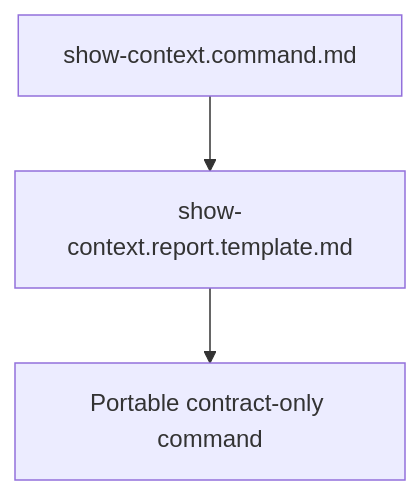
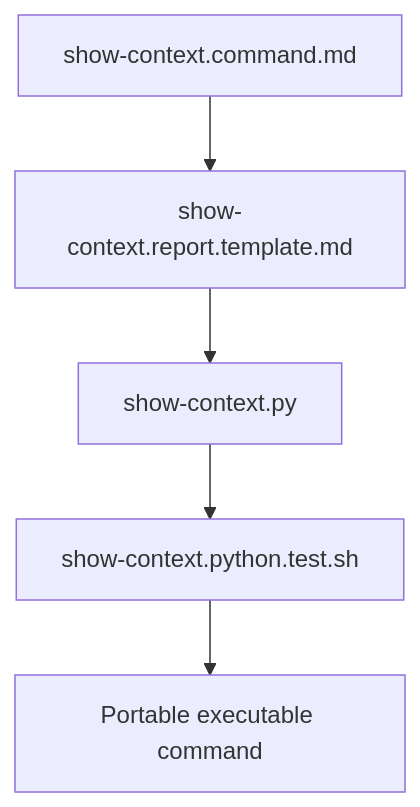
The second of 4 diagrams in show-context/README.md (starodubtsevconsulting/ai-commands), drawn with Mermaid before and after one commit. The commit also changed other lines of this file and 3 other files, not shown here.

Commit message:
Add portable show-context renderer

````diff
--- a/show-context/README.md
+++ b/show-context/README.md
@@ -25,6 +25,8 @@
 ```mermaid
 flowchart TD
   Contract["show-context.command.md"]
   Contract --> Template["show-context.report.template.md"]
-  Template --> Outcome["Portable contract-only command"]
+  Template --> Python["show-context.py"]
+  Python --> Test["show-context.python.test.sh"]
+  Test --> Outcome["Portable executable command"]
 ```
````
